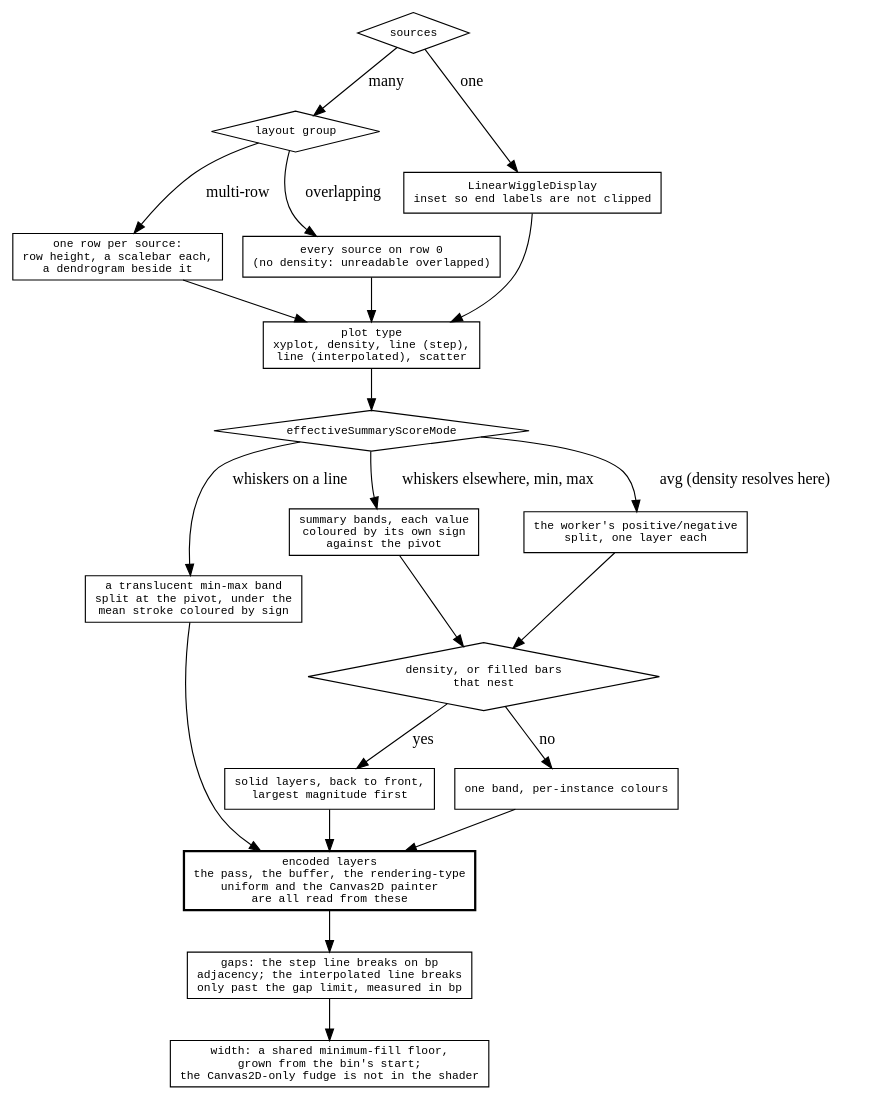
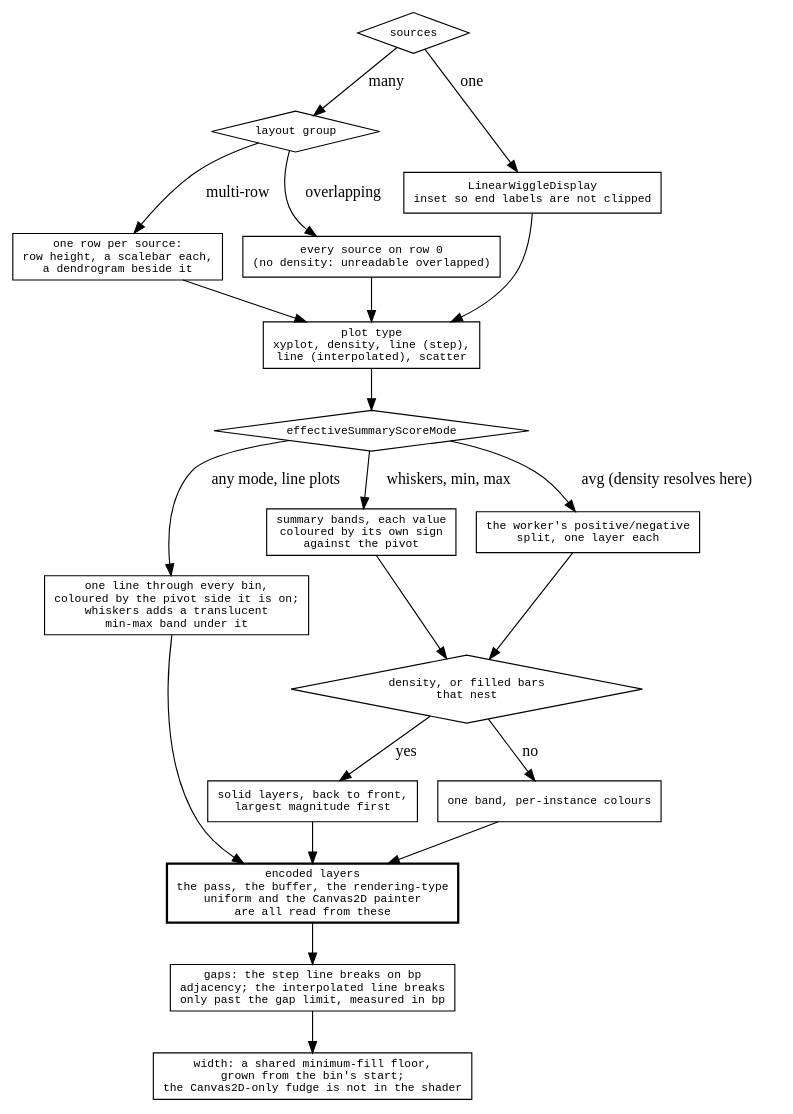
One commit to GMOD/jbrowse-components changed the diagram in agent-docs/mechanisms/diagrams/wiggle-shape.dot. Above: the diagram before and after it, drawn with Graphviz. The commit also changed 19 other files, not shown here.

First line of the commit message:
feat(wiggle): colour line plots by the side of the pivot the line is on

```diff
--- a/agent-docs/mechanisms/diagrams/wiggle-shape.dot
+++ b/agent-docs/mechanisms/diagrams/wiggle-shape.dot
@@ -1,42 +1,42 @@
 digraph wiggle_shape {
   rankdir=TB
   node [shape=box fontname=monospace fontsize=10]
   { node [shape=diamond] many; layout; summary; nests }
 
   many [label="sources"]
   many -> single [label=" one"]
   many -> layout [label=" many"]
   single [label="LinearWiggleDisplay\ninset so end labels are not clipped"]
 
   layout [label="layout group"]
   layout -> multirow [label=" multi-row"]
   layout -> overlay  [label=" overlapping"]
   multirow [label="one row per source:\nrow height, a scalebar each,\na dendrogram beside it"]
   overlay  [label="every source on row 0\n(no density: unreadable overlapped)"]
 
   plot [label="plot type\nxyplot, density, line (step),\nline (interpolated), scatter"]
   single -> plot  multirow -> plot  overlay -> plot
 
   summary [label="effectiveSummaryScoreMode"]
   plot -> summary
-  summary -> range [label=" whiskers on a line"]
-  summary -> bands [label=" whiskers elsewhere, min, max"]
+  summary -> range [label=" any mode, line plots"]
+  summary -> bands [label=" whiskers, min, max"]
   summary -> avg   [label=" avg (density resolves here)"]
-  range [label="a translucent min-max band\nsplit at the pivot, under the\nmean stroke coloured by sign"]
+  range [label="one line through every bin,\ncoloured by the pivot side it is on;\nwhiskers adds a translucent\nmin-max band under it"]
   bands [label="summary bands, each value\ncoloured by its own sign\nagainst the pivot"]
   avg   [label="the worker's positive/negative\nsplit, one layer each"]
 
   nests [label="density, or filled bars\nthat nest"]
   bands -> nests  avg -> nests
   nests -> split [label=" yes"]
   nests -> whole [label=" no"]
   split [label="solid layers, back to front,\nlargest magnitude first"]
   whole [label="one band, per-instance colours"]
 
   encoded [label="encoded layers\nthe pass, the buffer, the rendering-type\nuniform and the Canvas2D painter\nare all read from these", style=bold]
   split -> encoded  whole -> encoded  range -> encoded
 
   gaps  [label="gaps: the step line breaks on bp\nadjacency; the interpolated line breaks\nonly past the gap limit, measured in bp"]
   width [label="width: a shared minimum-fill floor,\ngrown from the bin's start;\nthe Canvas2D-only fudge is not in the shader"]
   encoded -> gaps -> width
 }
```
